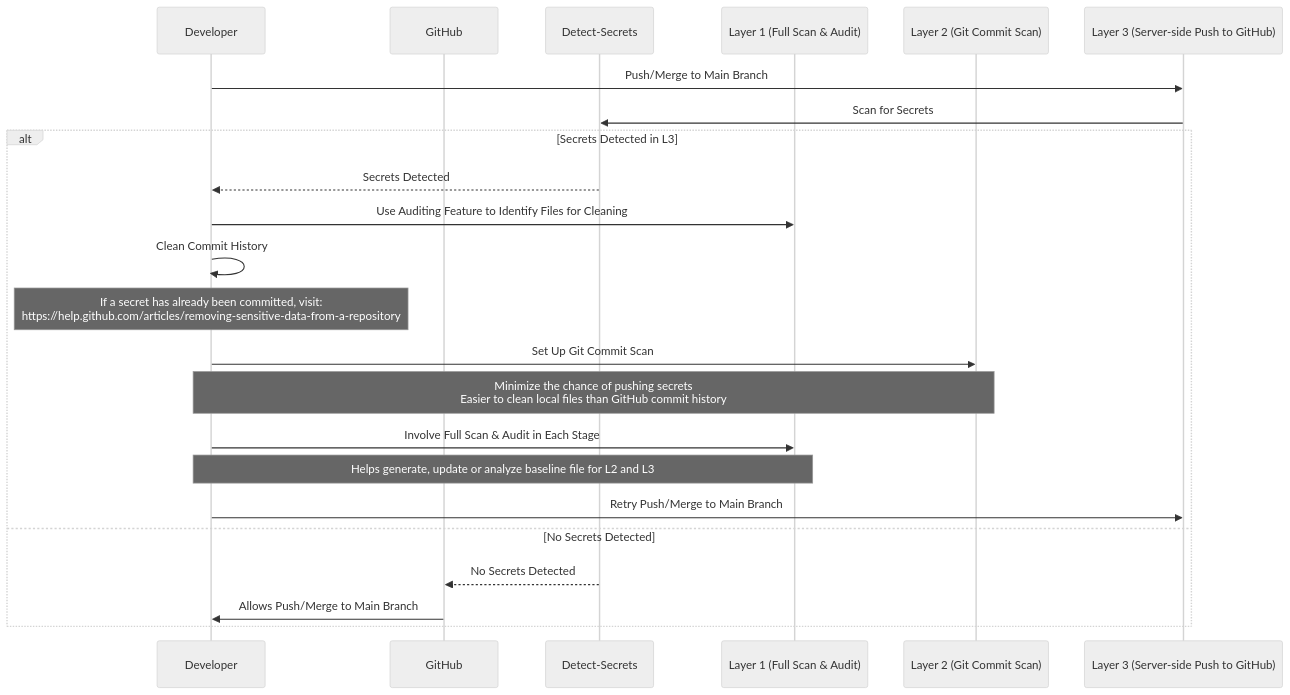
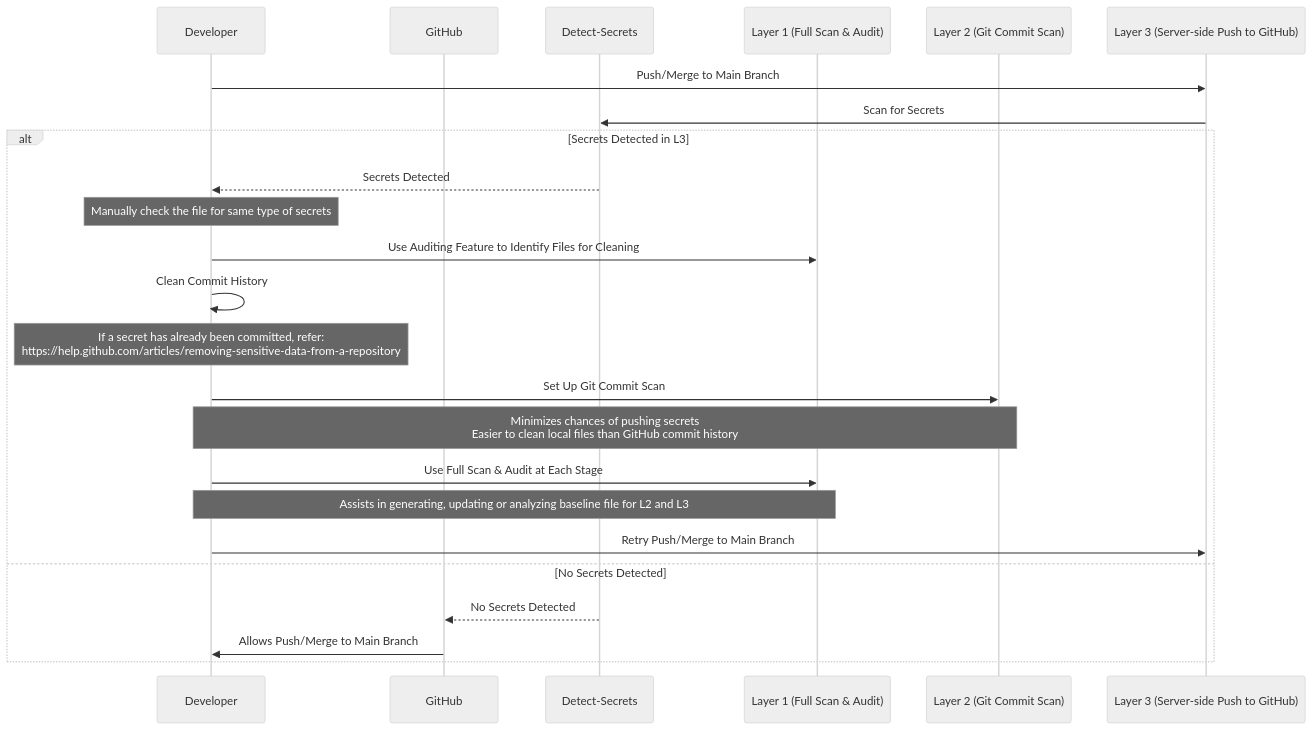
Before and after one commit to NASA-AMMOS/slim: the sixth of 6 diagrams in continuous-testing/starter-kits/README.md, drawn with Mermaid (neutral theme).

Commit message:
Issue NASA-AMMOS#89: Update documentation for detect-secrets
Configuration files (yaml, baseline file, and plugins) are stored at another repository:
https://github.com/NASA-AMMOS/slim-config-detect-secrets

````diff
--- a/continuous-testing/starter-kits/README.md
+++ b/continuous-testing/starter-kits/README.md
@@ -305,27 +305,28 @@
 ```mermaid
 sequenceDiagram
     participant Dev as Developer
     participant GH as GitHub
     participant DS as Detect-Secrets
     participant L1 as Layer 1 (Full Scan & Audit)
     participant L2 as Layer 2 (Git Commit Scan)
     participant L3 as Layer 3 (Server-side Push to GitHub)
 
     Dev->>L3: Push/Merge to Main Branch
     L3->>DS: Scan for Secrets
     alt Secrets Detected in L3
         DS-->>Dev: Secrets Detected
+        Note over Dev: Manually check the file for same type of secrets
         Dev->>L1: Use Auditing Feature to Identify Files for Cleaning
         Dev->>Dev: Clean Commit History
-        Note over Dev: If a secret has already been committed, visit: <br/> https://help.github.com/articles/removing-sensitive-data-from-a-repository
+        Note over Dev: If a secret has already been committed, refer: <br/> https://help.github.com/articles/removing-sensitive-data-from-a-repository
         Dev->>L2: Set Up Git Commit Scan
-        Note over Dev, L2: Minimize the chance of pushing secrets <br/> Easier to clean local files than GitHub commit history
-        Dev->>L1: Involve Full Scan & Audit in Each Stage
-        Note over Dev, L1: Helps generate, update or analyze baseline file for L2 and L3
+        Note over Dev, L2: Minimizes chances of pushing secrets <br/> Easier to clean local files than GitHub commit history
+        Dev->>L1: Use Full Scan & Audit at Each Stage
+        Note over Dev, L1: Assists in generating, updating or analyzing baseline file for L2 and L3
         Dev->>L3: Retry Push/Merge to Main Branch
     else No Secrets Detected
         DS-->>GH: No Secrets Detected
         GH->>Dev: Allows Push/Merge to Main Branch
     end
 
 ```
````
